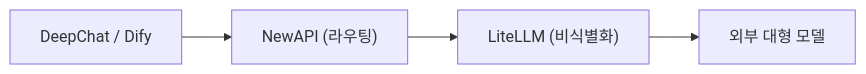
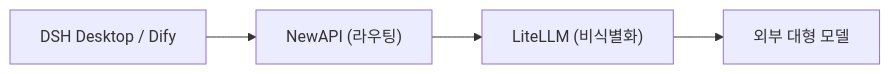
One commit to sdlyxianchao/AIAllInOne changed the diagram in docs/i18n/admin-manual-ko/ch01-overview.md. Above: the diagram before and after it, drawn with Mermaid. The commit also changed other lines of this file and 306 other files, not shown here.

````diff
--- a/docs/i18n/admin-manual-ko/ch01-overview.md
+++ b/docs/i18n/admin-manual-ko/ch01-overview.md
@@ -71,6 +71,6 @@
 ```mermaid
 flowchart LR
-    A["DeepChat / Dify"] --> B["NewAPI (라우팅)"]
+    A["DSH Desktop / Dify"] --> B["NewAPI (라우팅)"]
     B["NewAPI (라우팅)"] --> C["LiteLLM (비식별화)"]
     C["LiteLLM (비식별화)"] --> D["외부 대형 모델"]
 ```
````
